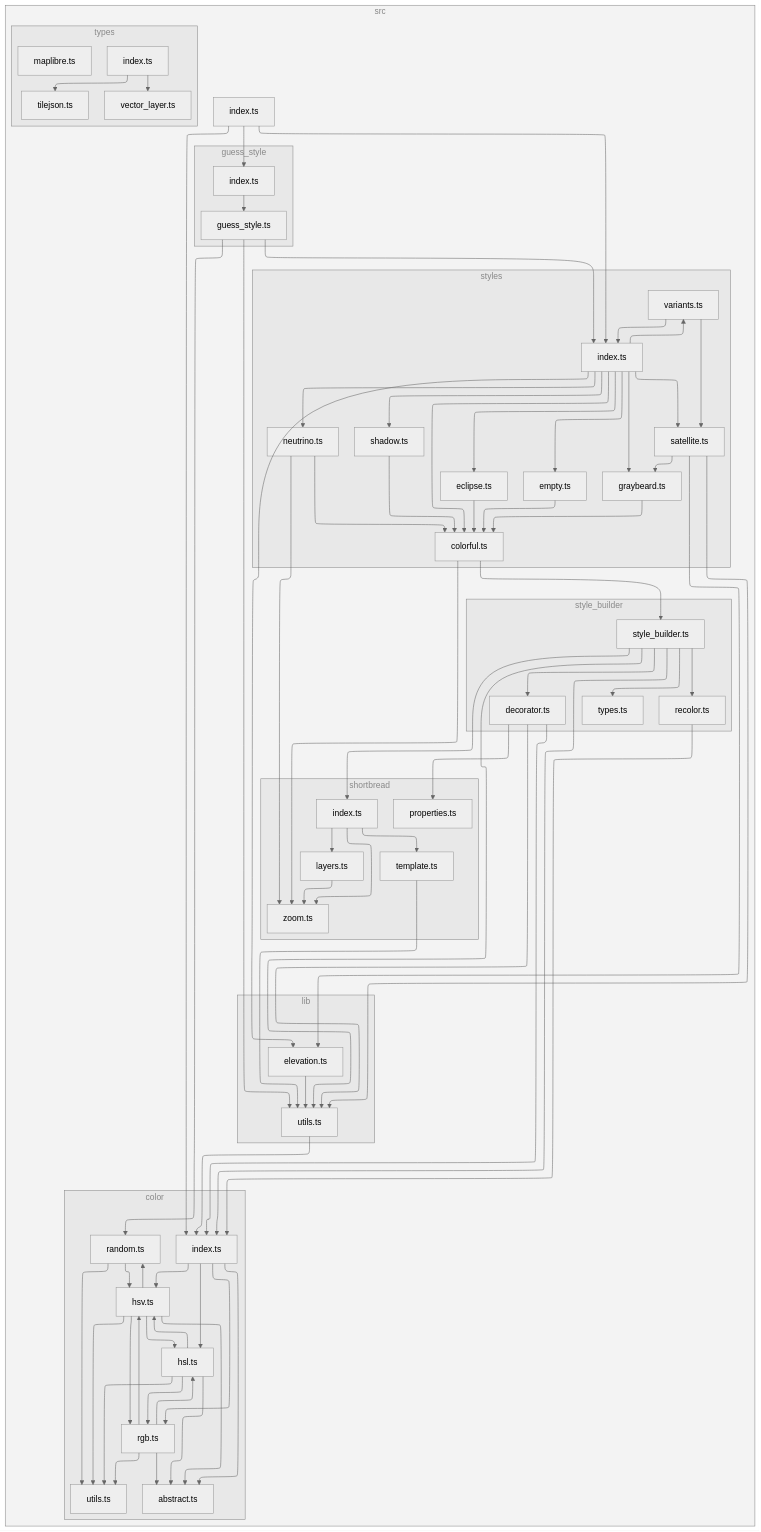
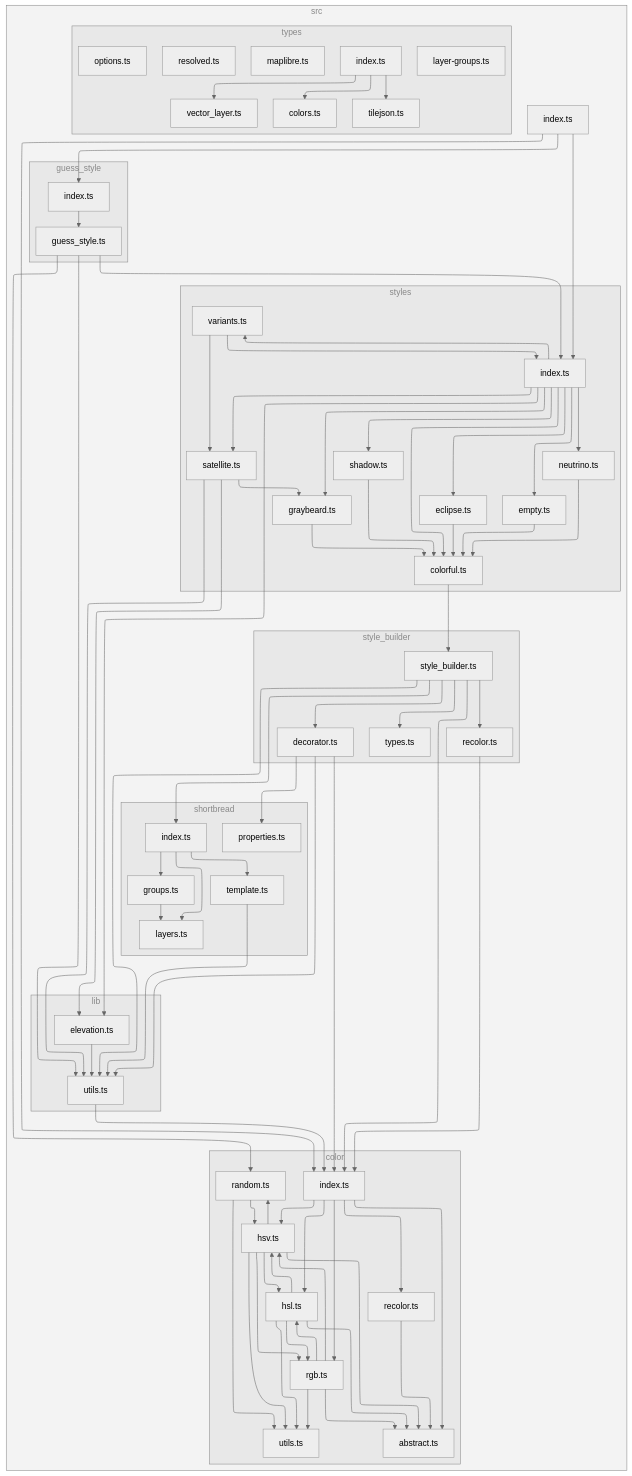
Before and after one commit to versatiles-org/versatiles-style: the diagram in README.md, drawn with Mermaid (neutral theme). The commit also changed 4 other files, not shown here.

Commit message:
feat: add layerGroups and SLOT_IDS for enhanced layer management and testing

````diff
--- a/README.md
+++ b/README.md
@@ -164,45 +164,50 @@
 6["utils.ts"]
 7["rgb.ts"]
 8["index.ts"]
+9["recolor.ts"]
 end
-subgraph 9["guess_style"]
-A["guess_style.ts"]
-Z["index.ts"]
+subgraph A["guess_style"]
+B["guess_style.ts"]
+10["index.ts"]
 end
-subgraph B["lib"]
-C["utils.ts"]
-F["elevation.ts"]
+subgraph C["lib"]
+D["utils.ts"]
+G["elevation.ts"]
 end
-subgraph D["styles"]
-E["index.ts"]
-G["colorful.ts"]
-S["eclipse.ts"]
-T["empty.ts"]
-U["graybeard.ts"]
-V["neutrino.ts"]
-W["satellite.ts"]
-X["shadow.ts"]
-Y["variants.ts"]
+subgraph E["styles"]
+F["index.ts"]
+H["colorful.ts"]
+T["eclipse.ts"]
+U["empty.ts"]
+V["graybeard.ts"]
+W["neutrino.ts"]
+X["satellite.ts"]
+Y["shadow.ts"]
+Z["variants.ts"]
 end
-subgraph H["shortbread"]
-I["zoom.ts"]
+subgraph I["style_builder"]
+J["style_builder.ts"]
+P["decorator.ts"]
+R["recolor.ts"]
+S["types.ts"]
+end
+subgraph K["shortbread"]
 L["index.ts"]
-M["layers.ts"]
-N["template.ts"]
-P["properties.ts"]
+M["groups.ts"]
+N["layers.ts"]
+O["template.ts"]
+Q["properties.ts"]
 end
-subgraph J["style_builder"]
-K["style_builder.ts"]
-O["decorator.ts"]
-Q["recolor.ts"]
-R["types.ts"]
-end
-10["index.ts"]
-subgraph 11["types"]
-12["index.ts"]
-13["tilejson.ts"]
-14["vector_layer.ts"]
-15["maplibre.ts"]
+11["index.ts"]
+subgraph 12["types"]
+13["colors.ts"]
+14["index.ts"]
+15["tilejson.ts"]
+16["vector_layer.ts"]
+17["layer-groups.ts"]
+18["maplibre.ts"]
+19["options.ts"]
+1A["resolved.ts"]
 end
 end
 3-->2
@@ -223,56 +228,57 @@
 8-->2
 8-->3
 8-->4
+8-->9
 8-->7
-A-->5
-A-->C
-A-->E
-C-->8
-E-->F
-E-->G
-E-->S
-E-->T
-E-->U
-E-->V
-E-->W
-E-->X
-E-->Y
-F-->C
-G-->I
-G-->K
-K-->8
-K-->C
-K-->L
-K-->O
-K-->Q
-K-->R
+9-->2
+B-->5
+B-->D
+B-->F
+D-->8
+F-->G
+F-->H
+F-->T
+F-->U
+F-->V
+F-->W
+F-->X
+F-->Y
+F-->Z
+G-->D
+H-->J
+J-->8
+J-->D
+J-->L
+J-->P
+J-->R
+J-->S
 L-->M
 L-->N
-L-->I
-M-->I
-N-->C
-O-->8
-O-->C
-O-->P
-Q-->8
-S-->G
-T-->G
-U-->G
-V-->I
-V-->G
-W-->F
-W-->C
-W-->U
+L-->O
+M-->N
+O-->D
+P-->8
+P-->D
+P-->Q
+R-->8
+T-->H
+U-->H
+V-->H
+W-->H
 X-->G
-Y-->E
-Y-->W
-Z-->A
-10-->8
-10-->Z
-10-->E
-12-->13
-12-->14
+X-->D
+X-->V
+Y-->H
+Z-->F
+Z-->X
+10-->B
+11-->8
+11-->10
+11-->F
+14-->13
+14-->15
+14-->16
 
-class 0,1,9,B,D,H,J,11 subgraphs;
+class 0,1,A,C,E,I,K,12 subgraphs;
 classDef subgraphs fill-opacity:0.1, fill:#888, color:#888, stroke:#888;
 ```
````
